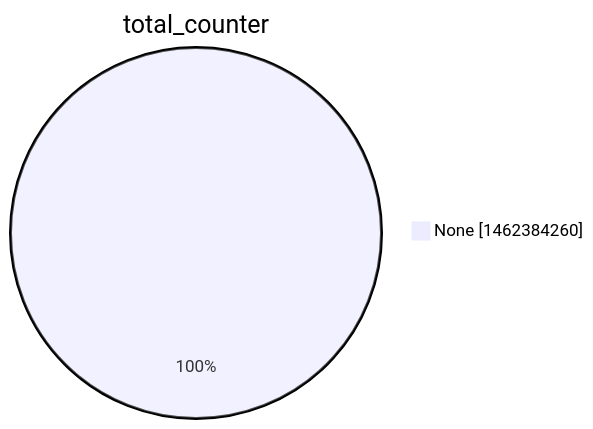
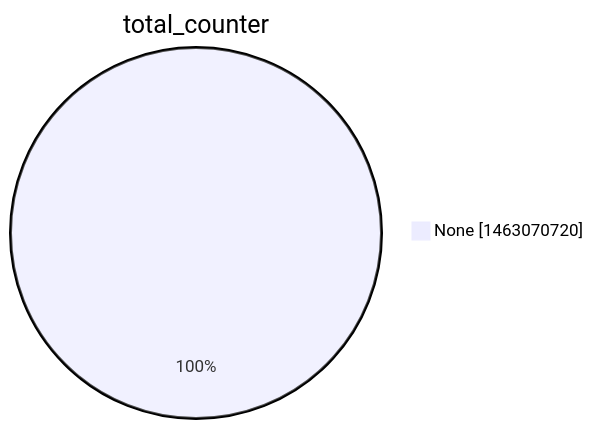
Before and after one commit to christiankrug/ctmonitor_visualization: the second of 15 diagrams in argon2022/README.md, drawn with Mermaid. The commit also changed other lines of this file, not shown here.

````diff
--- a/argon2022/README.md
+++ b/argon2022/README.md
@@ -9,5 +9,5 @@
 ```mermaid
 pie showData
 title total_counter
-"None" :1462384260
+"None" :1463070720
 ```
````
